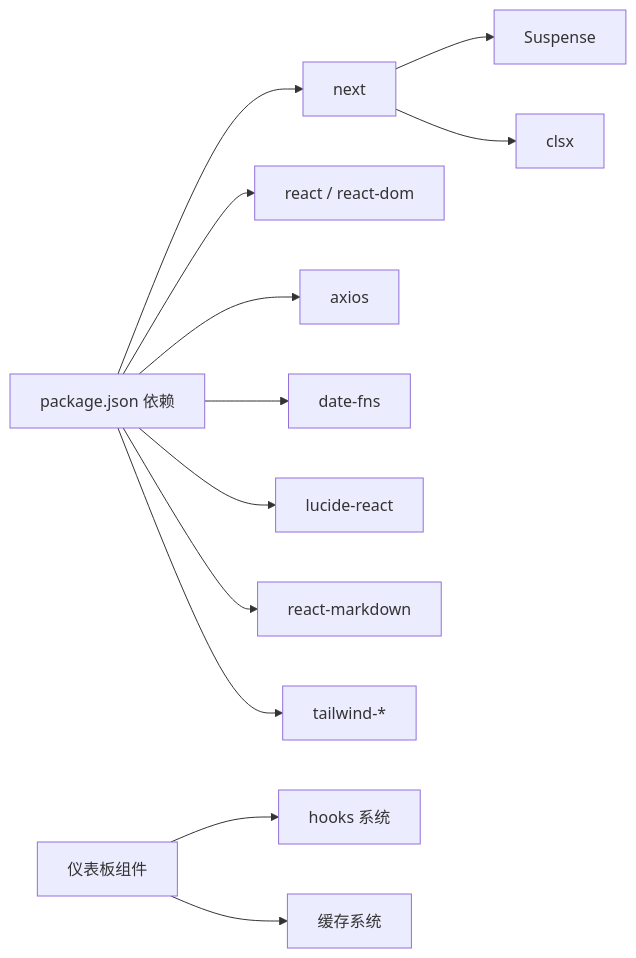
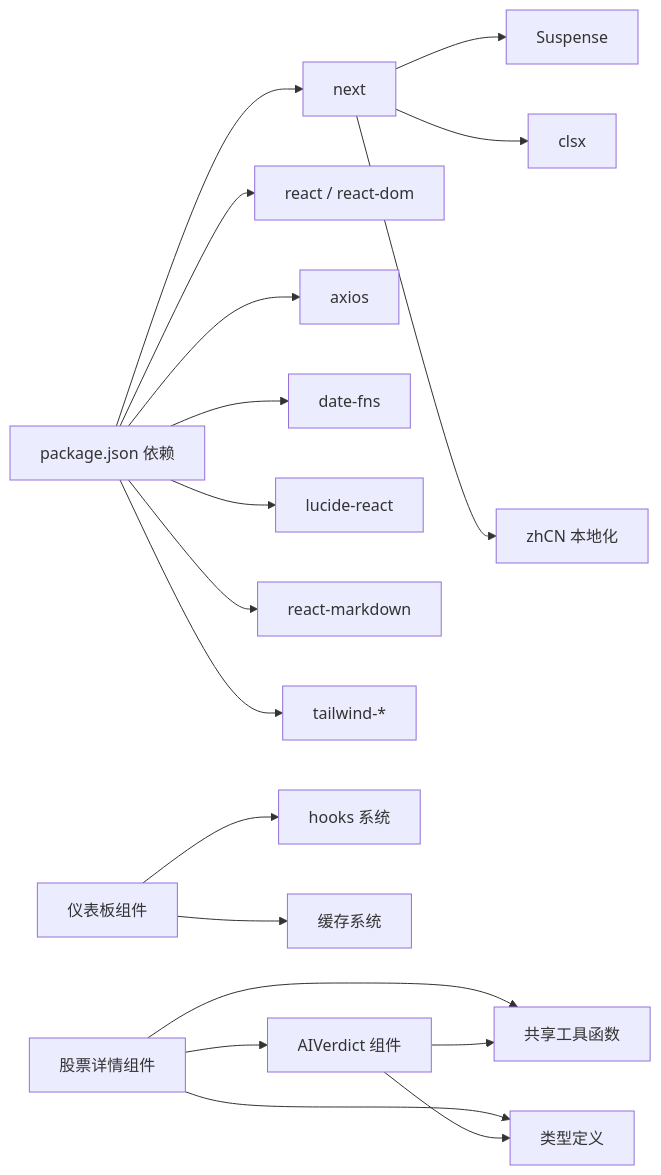
Diagram 15 of 15 in .qoder/repowiki/zh/content/投资组合管理/前端集成与展示/前端集成与展示.md (breeze-lyf/ai-stock-advisor), drawn with Mermaid before and after one commit. The commit also changed other lines of this file and 43 other files, not shown here.

Commit message:
feat: Enhance AI analysis service, update market data providers, and refactor stock detail UI with new analysis components.

````diff
--- a/.qoder/repowiki/zh/content/投资组合管理/前端集成与展示/前端集成与展示.md
+++ b/.qoder/repowiki/zh/content/投资组合管理/前端集成与展示/前端集成与展示.md
@@ -639,27 +797,38 @@
 ```mermaid
 graph LR
 Pkg["package.json 依赖"]
 Next["next"]
 React["react / react-dom"]
 Axios["axios"]
 DF["date-fns"]
 LM["lucide-react"]
 RM["react-markdown"]
 TW["tailwind-*"]
 Suspense["Suspense"]
 Clsx["clsx"]
+ZH["zhCN 本地化"]
 Dashboard["仪表板组件"]
 Hooks["hooks 系统"]
 Cache["缓存系统"]
+StockDetail["股票详情组件"]
+AIVerdict["AIVerdict 组件"]
+Shared["共享工具函数"]
+Types["类型定义"]
 Pkg --> Next
 Pkg --> React
 Pkg --> Axios
 Pkg --> DF
 Pkg --> LM
 Pkg --> RM
 Pkg --> TW
 Next --> Suspense
 Next --> Clsx
+Next --> ZH
 Dashboard --> Hooks
 Dashboard --> Cache
+StockDetail --> AIVerdict
+StockDetail --> Shared
+StockDetail --> Types
+AIVerdict --> Shared
+AIVerdict --> Types
 ```
````
